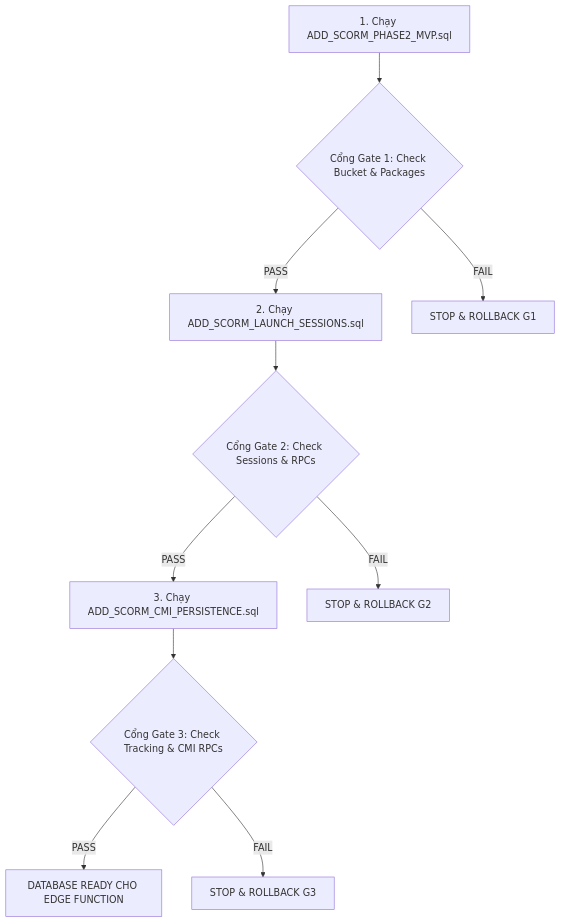
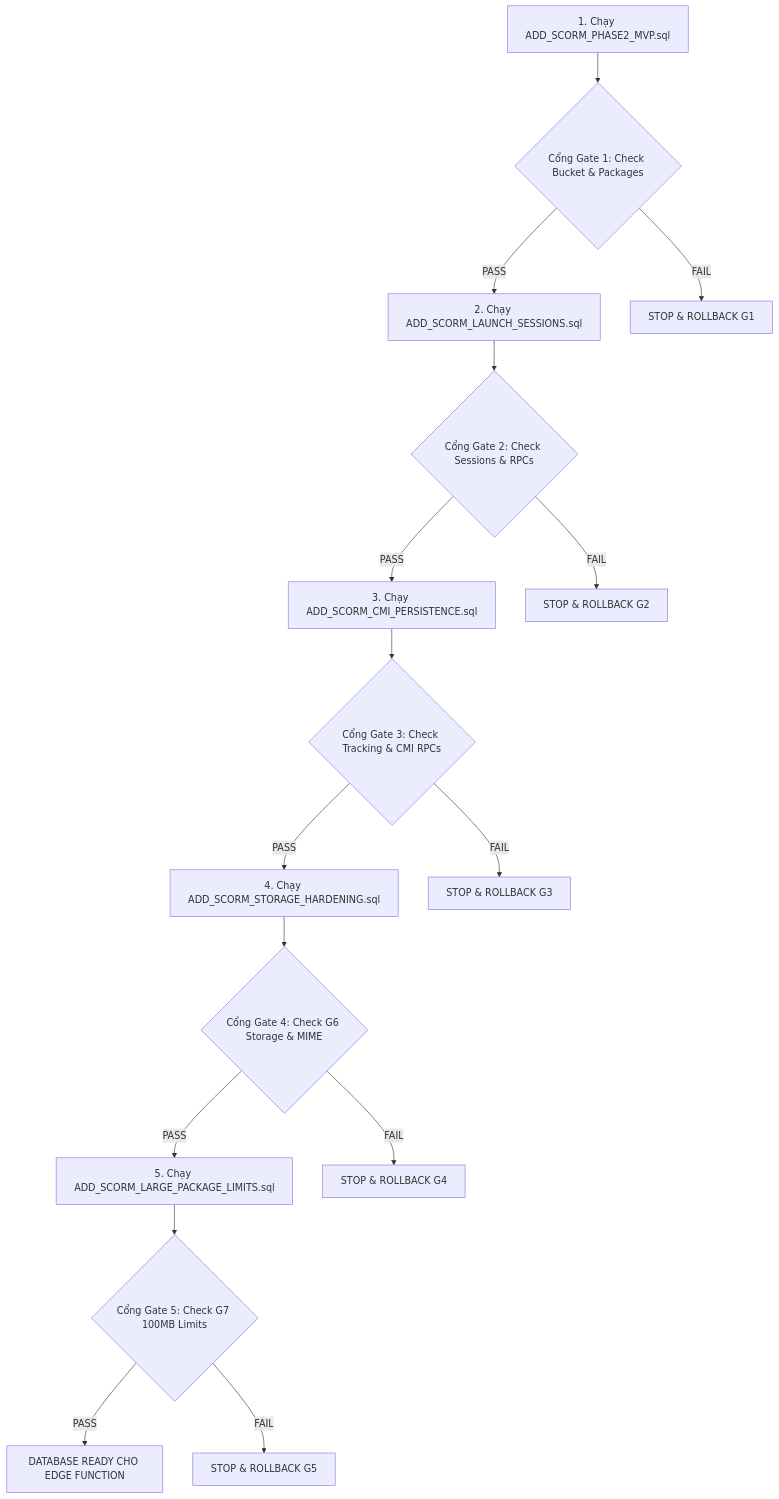
The second of 3 diagrams in docs/scorm-production-release-runbook.md (tranlen0411-ux/Web), drawn with Mermaid before and after one commit. The commit also changed other lines of this file, not shown here.

Commit message:
Update SCORM production release runbook

````diff
--- a/docs/scorm-production-release-runbook.md
+++ b/docs/scorm-production-release-runbook.md
@@ -97,12 +97,18 @@
 ```mermaid
 flowchart TD
     M1["1. Chạy ADD_SCORM_PHASE2_MVP.sql"] --> G1{"Cổng Gate 1: Check Bucket & Packages"}
     G1 -- PASS --> M2["2. Chạy ADD_SCORM_LAUNCH_SESSIONS.sql"]
     G1 -- FAIL --> S1["STOP & ROLLBACK G1"]
     M2 --> G2{"Cổng Gate 2: Check Sessions & RPCs"}
     G2 -- PASS --> M3["3. Chạy ADD_SCORM_CMI_PERSISTENCE.sql"]
     G2 -- FAIL --> S2["STOP & ROLLBACK G2"]
     M3 --> G3{"Cổng Gate 3: Check Tracking & CMI RPCs"}
-    G3 -- PASS --> SUC["DATABASE READY CHO EDGE FUNCTION"]
+    G3 -- PASS --> M4["4. Chạy ADD_SCORM_STORAGE_HARDENING.sql"]
     G3 -- FAIL --> S3["STOP & ROLLBACK G3"]
+    M4 --> G4{"Cổng Gate 4: Check G6 Storage & MIME"}
+    G4 -- PASS --> M5["5. Chạy ADD_SCORM_LARGE_PACKAGE_LIMITS.sql"]
+    G4 -- FAIL --> S4["STOP & ROLLBACK G4"]
+    M5 --> G5{"Cổng Gate 5: Check G7 100MB Limits"}
+    G5 -- PASS --> SUC["DATABASE READY CHO EDGE FUNCTION"]
+    G5 -- FAIL --> S5["STOP & ROLLBACK G5"]
 ```
````
